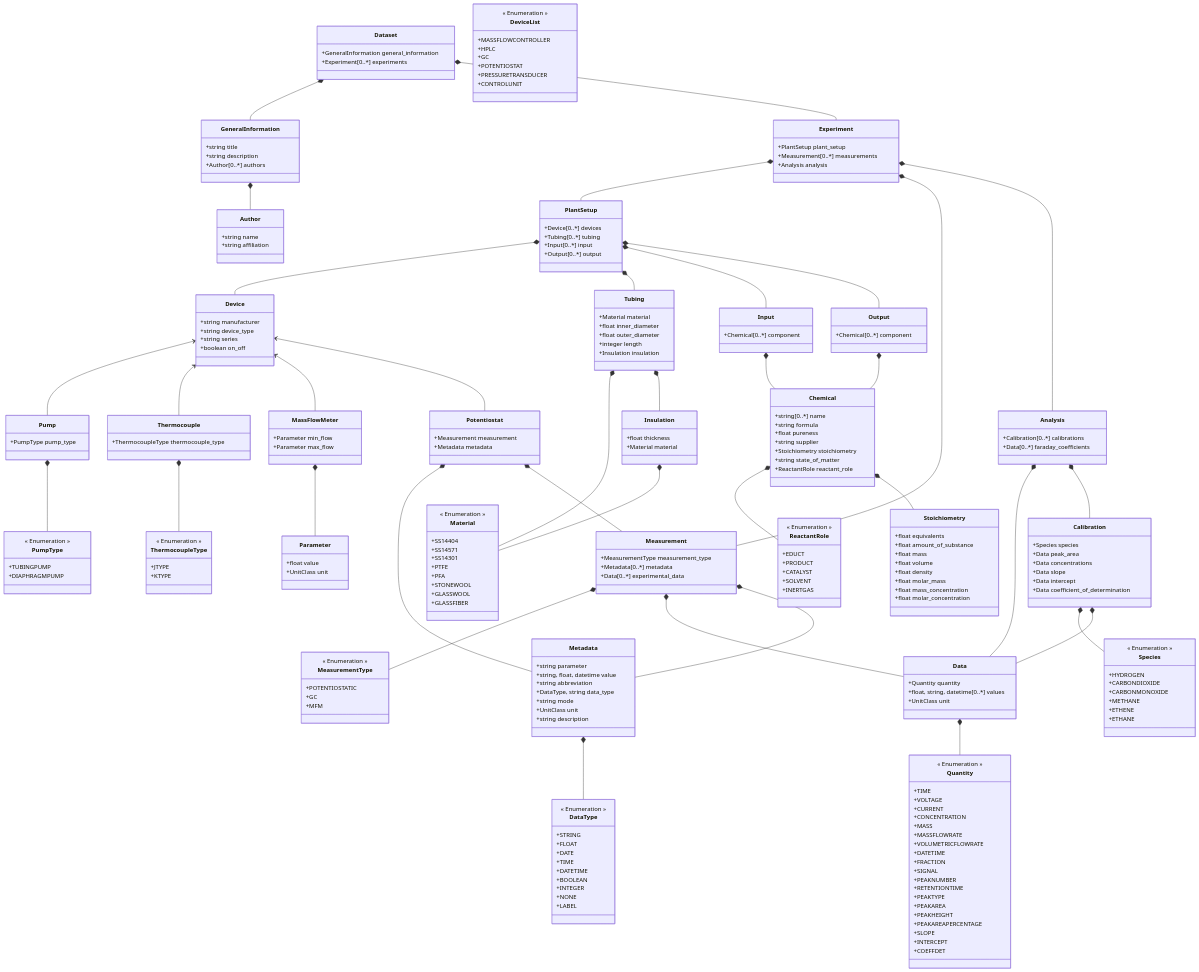
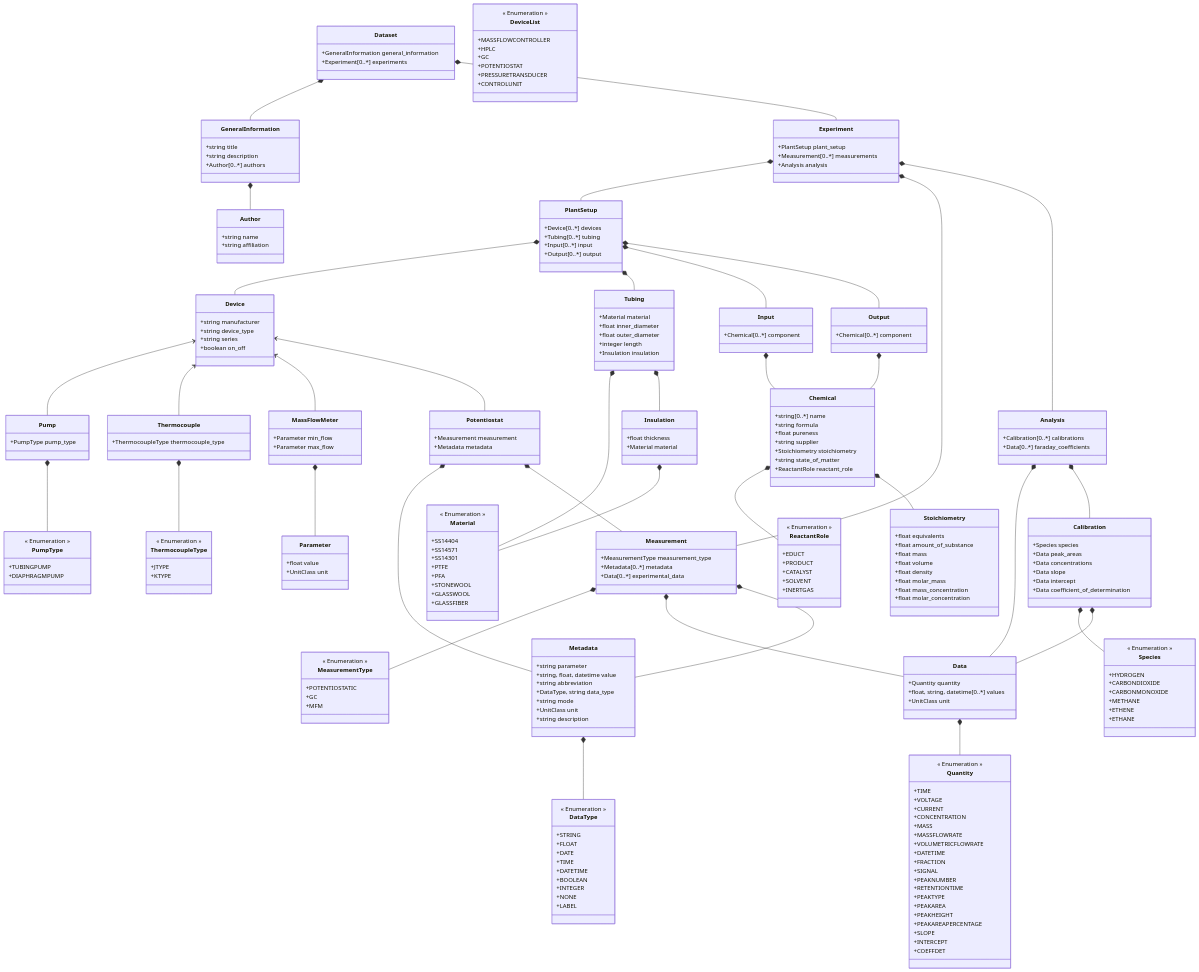
One commit to FAIRChemistry/FAIRFlow changed the diagram in datamodel_b07_tc/schemes/datamodel_b07_tc_schema.md. Above: the diagram before and after it, drawn with Mermaid. The commit also changed 23 other files, not shown here.

```diff
--- a/datamodel_b07_tc/schemes/datamodel_b07_tc_schema.md
+++ b/datamodel_b07_tc/schemes/datamodel_b07_tc_schema.md
@@ -166,7 +166,7 @@
     
     class Calibration {
         +Species species
-        +Data peak_area
+        +Data peak_areas
         +Data concentrations
         +Data slope
         +Data intercept
```
